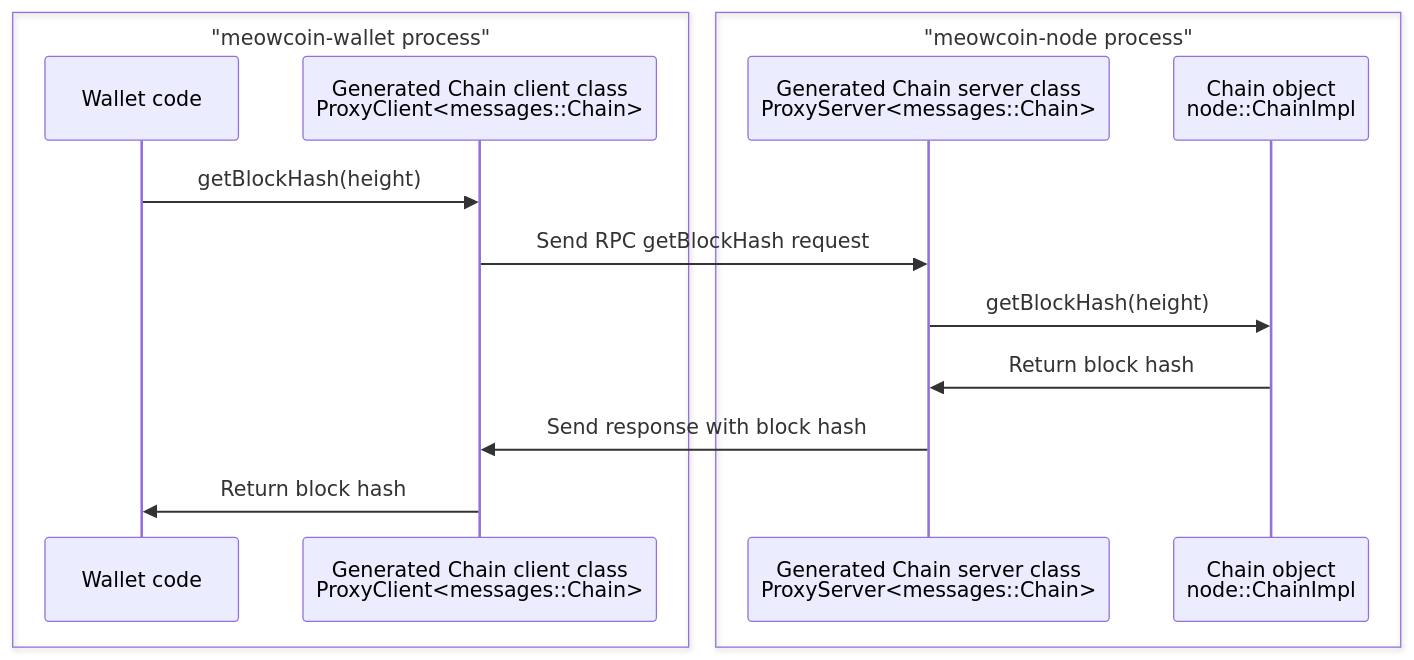
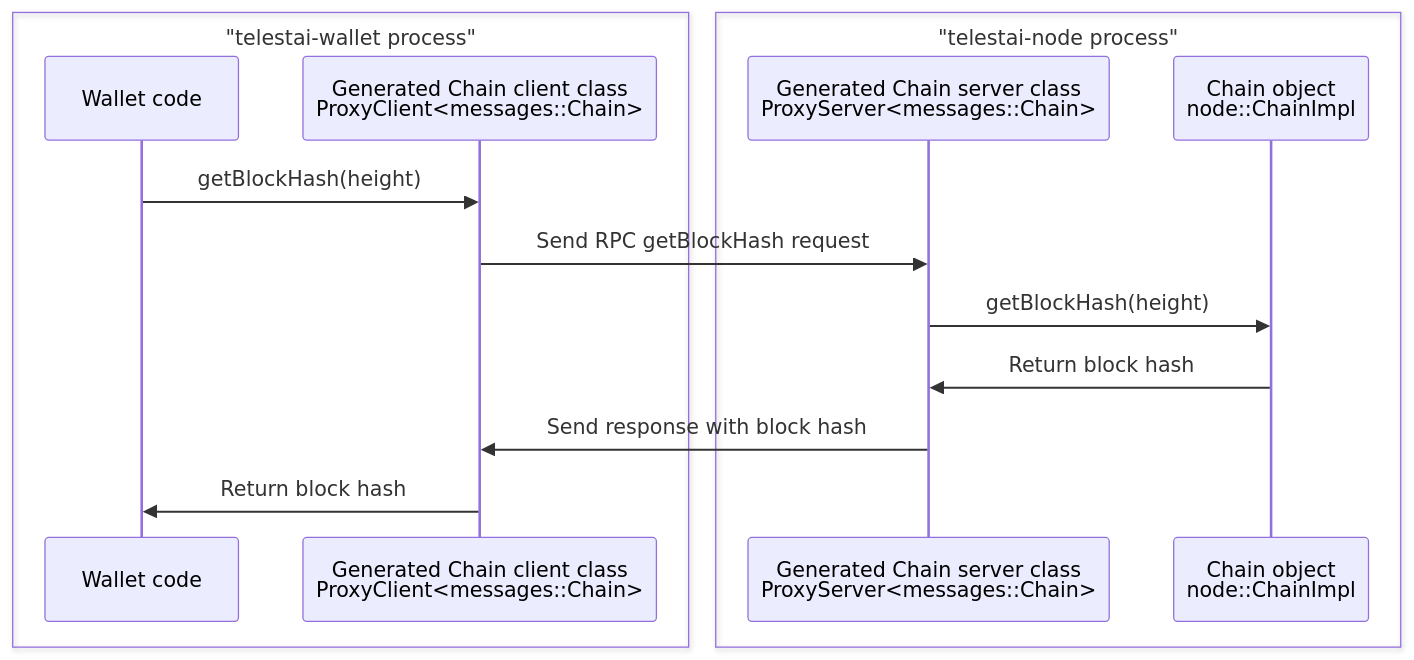
One commit to Telestai-Project/telestai changed the third of 3 diagrams in doc/design/multiprocess.md. Above: the diagram before and after it, drawn with Mermaid. The commit also changed other lines of this file and 2304 other files, not shown here.

````diff
--- a/doc/design/multiprocess.md
+++ b/doc/design/multiprocess.md
@@ -142,18 +142,18 @@
 ```mermaid
 sequenceDiagram
-    box "meowcoin-wallet process"
+    box "telestai-wallet process"
     participant WalletCode as Wallet code
     participant ChainClient as Generated Chain client class<br/>ProxyClient<messages::Chain>
     end
-    box "meowcoin-node process"
+    box "telestai-node process"
     participant ChainServer as Generated Chain server class<br/>ProxyServer<messages::Chain>
     participant LocalChain as Chain object<br/>node::ChainImpl
     end
 
     WalletCode->>ChainClient: getBlockHash(height)
     ChainClient->>ChainServer: Send RPC getBlockHash request
     ChainServer->>LocalChain: getBlockHash(height)
     LocalChain->>ChainServer: Return block hash
     ChainServer->>ChainClient: Send response with block hash
     ChainClient->>WalletCode: Return block hash
 ```
````
